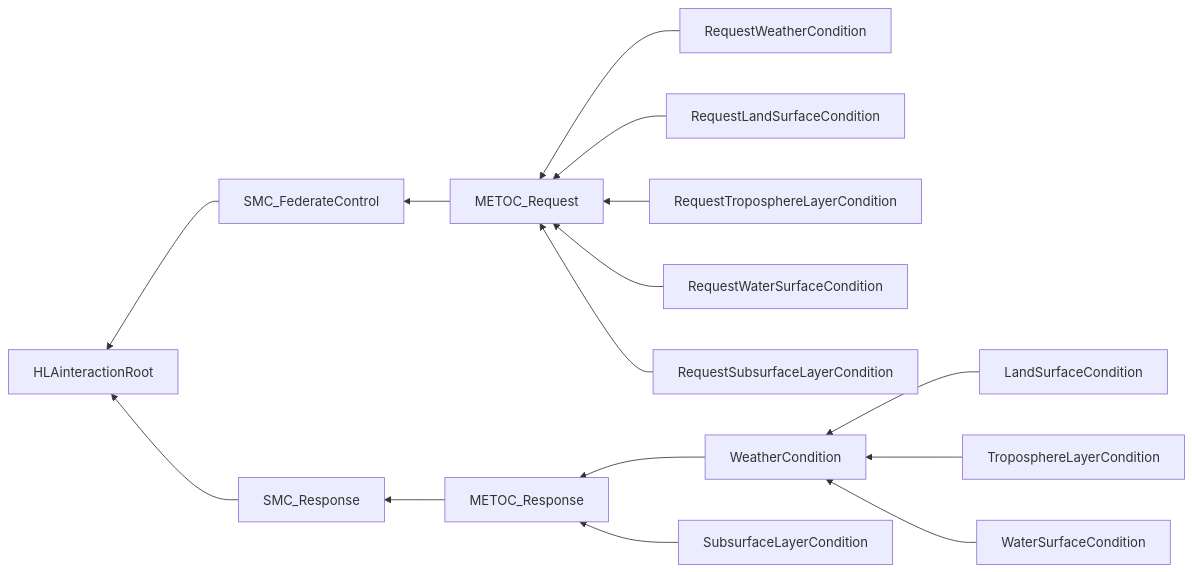
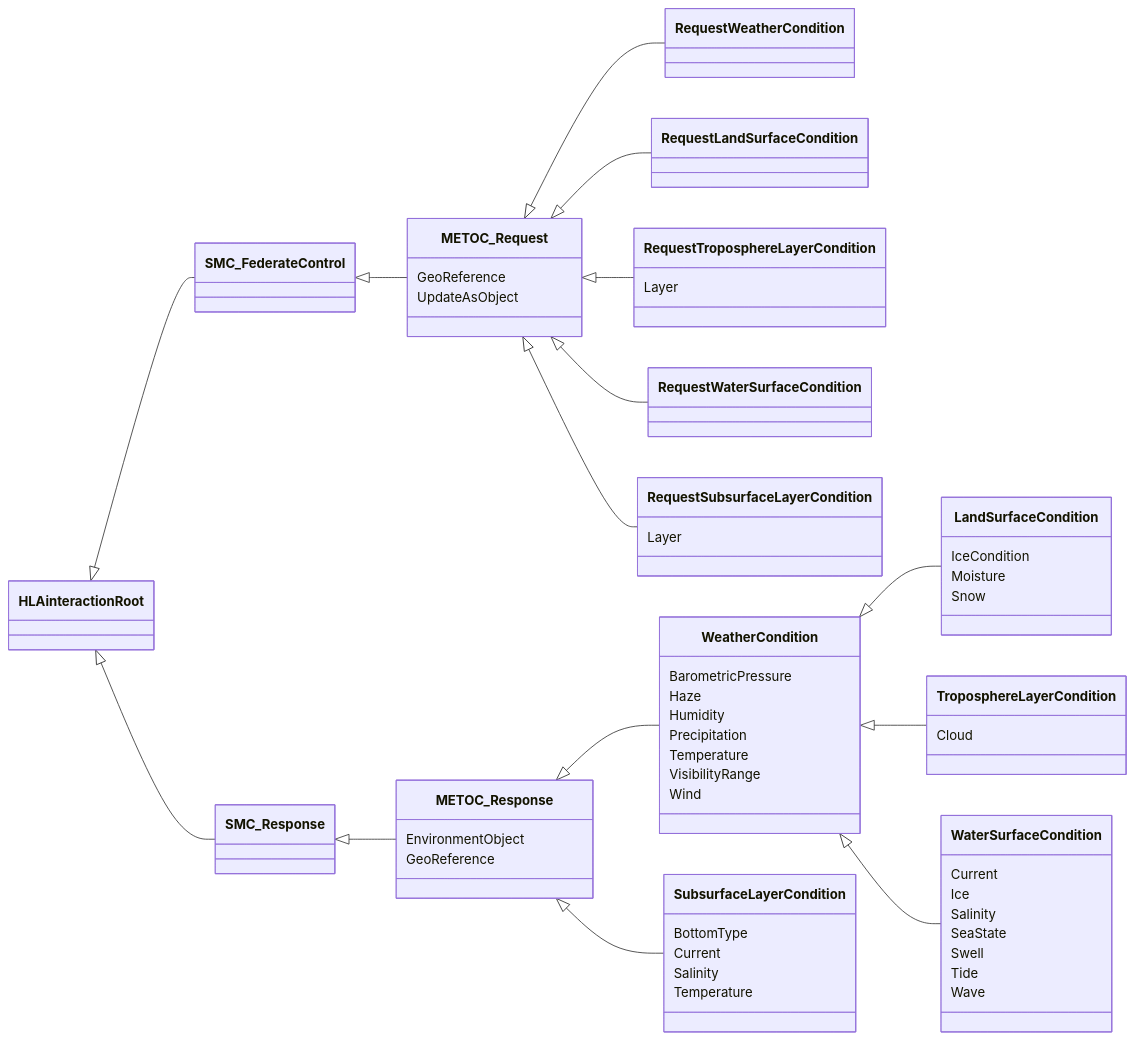
Before and after one commit to AMSP-04/NETN-METOC: the second of 2 diagrams in NETN-METOC.md, drawn with Mermaid. The commit also changed other lines of this file and 1 other file, not shown here.

Commit message:
Included WindCorridor and updated with feedback from MAK

````diff
--- a/NETN-METOC.md
+++ b/NETN-METOC.md
@@ -171,17 +276,46 @@
 ```mermaid
-graph RL
-SMC_FederateControl-->HLAinteractionRoot
-SMC_Response-->HLAinteractionRoot
-METOC_Request-->SMC_FederateControl
-RequestWeatherCondition-->METOC_Request
-RequestLandSurfaceCondition-->METOC_Request
-RequestTroposphereLayerCondition-->METOC_Request
-RequestWaterSurfaceCondition-->METOC_Request
-RequestSubsurfaceLayerCondition-->METOC_Request
-METOC_Response-->SMC_Response
-WeatherCondition-->METOC_Response
-SubsurfaceLayerCondition-->METOC_Response
-LandSurfaceCondition-->WeatherCondition
-TroposphereLayerCondition-->WeatherCondition
-WaterSurfaceCondition-->WeatherCondition
+classDiagram 
+direction LR
+HLAinteractionRoot <|-- SMC_FederateControl
+HLAinteractionRoot <|-- SMC_Response
+SMC_FederateControl <|-- METOC_Request
+METOC_Request <|-- RequestWeatherCondition
+METOC_Request <|-- RequestLandSurfaceCondition
+METOC_Request <|-- RequestTroposphereLayerCondition
+METOC_Request <|-- RequestWaterSurfaceCondition
+METOC_Request <|-- RequestSubsurfaceLayerCondition
+METOC_Request : GeoReference
+METOC_Request : UpdateAsObject
+RequestTroposphereLayerCondition : Layer
+RequestSubsurfaceLayerCondition : Layer
+SMC_Response <|-- METOC_Response
+METOC_Response <|-- WeatherCondition
+METOC_Response <|-- SubsurfaceLayerCondition
+METOC_Response : EnvironmentObject
+METOC_Response : GeoReference
+WeatherCondition <|-- LandSurfaceCondition
+WeatherCondition <|-- TroposphereLayerCondition
+WeatherCondition <|-- WaterSurfaceCondition
+WeatherCondition : BarometricPressure
+WeatherCondition : Haze
+WeatherCondition : Humidity
+WeatherCondition : Precipitation
+WeatherCondition : Temperature
+WeatherCondition : VisibilityRange
+WeatherCondition : Wind
+LandSurfaceCondition : IceCondition
+LandSurfaceCondition : Moisture
+LandSurfaceCondition : Snow
+TroposphereLayerCondition : Cloud
+WaterSurfaceCondition : Current
+WaterSurfaceCondition : Ice
+WaterSurfaceCondition : Salinity
+WaterSurfaceCondition : SeaState
+WaterSurfaceCondition : Swell
+WaterSurfaceCondition : Tide
+WaterSurfaceCondition : Wave
+SubsurfaceLayerCondition : BottomType
+SubsurfaceLayerCondition : Current
+SubsurfaceLayerCondition : Salinity
+SubsurfaceLayerCondition : Temperature
 ```
````
